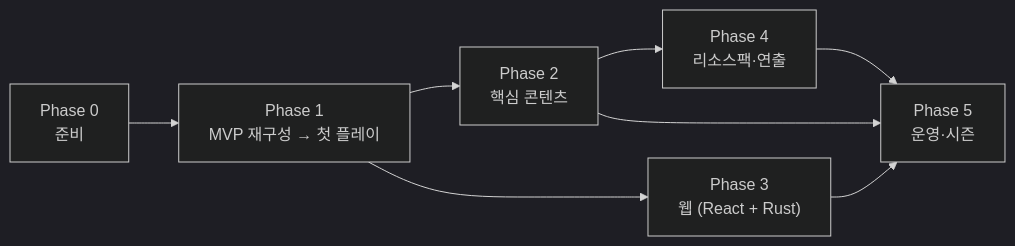
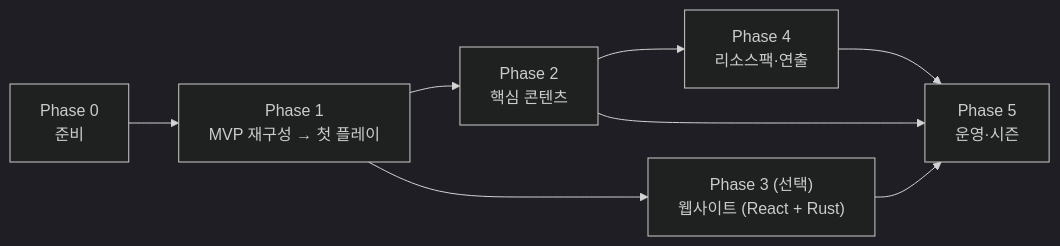
The second of 2 diagrams in tycoon/PLAN.md (zax9090/test), drawn with Mermaid (dark theme) before and after one commit. The commit also changed other lines of this file, not shown here.

First line of the commit message:
Plan around REA as the reverse-engineering MCP, not React

````diff
--- a/tycoon/PLAN.md
+++ b/tycoon/PLAN.md
@@ -291,10 +321,10 @@
 ```mermaid
 flowchart LR
   P0["Phase 0<br/>준비"] --> P1["Phase 1<br/>MVP 재구성 → 첫 플레이"]
   P1 --> P2["Phase 2<br/>핵심 콘텐츠"]
-  P1 --> P3["Phase 3<br/>웹 (React + Rust)"]
+  P1 --> P3["Phase 3 (선택)<br/>웹사이트 (React + Rust)"]
   P2 --> P4["Phase 4<br/>리소스팩·연출"]
   P2 --> P5["Phase 5<br/>운영·시즌"]
   P3 --> P5
   P4 --> P5
 ```
````
